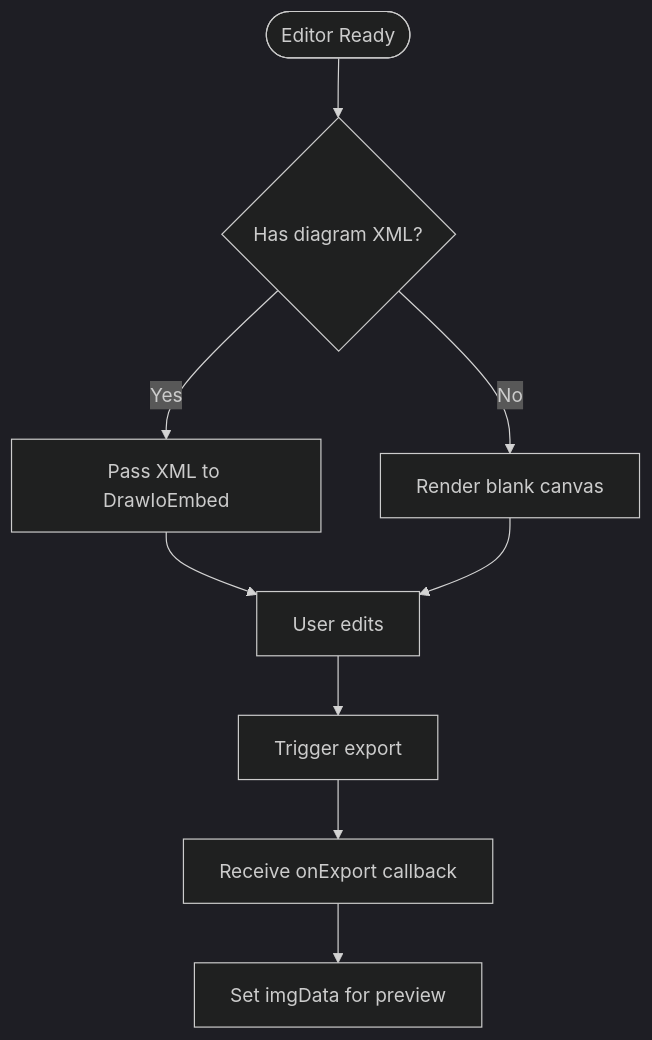
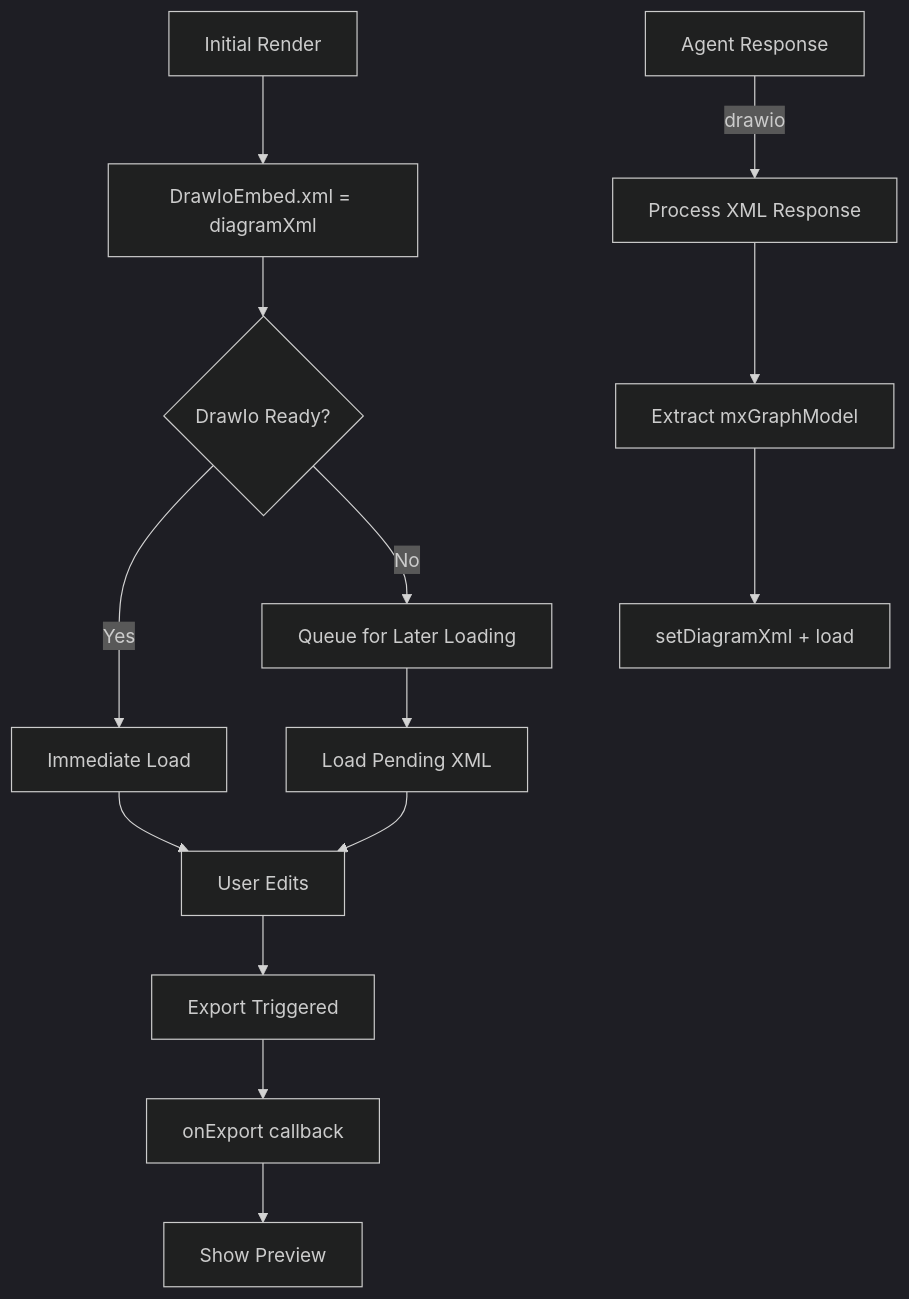
One commit to shrekboss/agent-draw-io-front changed the sixth of 14 diagrams in .qoder/repowiki/en/content/Diagram Editor.md. Above: the diagram before and after it, drawn with Mermaid (dark theme). The commit also changed other lines of this file and 13 other files, not shown here.

Commit message:
feat(agent-draw-io-front): 优化交互式画图

````diff
--- a/.qoder/repowiki/en/content/Diagram Editor.md
+++ b/.qoder/repowiki/en/content/Diagram Editor.md
@@ -141,11 +308,16 @@
 ```mermaid
 flowchart TD
-Start(["Editor Ready"]) --> HasXML{"Has diagram XML?"}
-HasXML --> |Yes| Prefill["Pass XML to DrawIoEmbed"]
-HasXML --> |No| Blank["Render blank canvas"]
-Prefill --> Edit["User edits"]
-Blank --> Edit
-Edit --> Export["Trigger export"]
-Export --> OnExport["Receive onExport callback"]
-OnExport --> UpdateState["Set imgData for preview"]
+Init["Initial Render"] --> XMLProp["DrawIoEmbed.xml = diagramXml"]
+XMLProp --> EditorReady{"DrawIo Ready?"}
+EditorReady --> |Yes| DirectLoad["Immediate Load"]
+EditorReady --> |No| QueueXML["Queue for Later Loading"]
+DirectLoad --> Edit["User Edits"]
+QueueXML --> PendingLoad["Load Pending XML"]
+PendingLoad --> Edit
+Edit --> Export["Export Triggered"]
+Export --> OnExport["onExport callback"]
+OnExport --> Preview["Show Preview"]
+AgentResp["Agent Response"] --> |drawio| ProcessXML["Process XML Response"]
+ProcessXML --> ExtractModel["Extract mxGraphModel"]
+ExtractModel --> UpdateState["setDiagramXml + load"]
 ```
````
